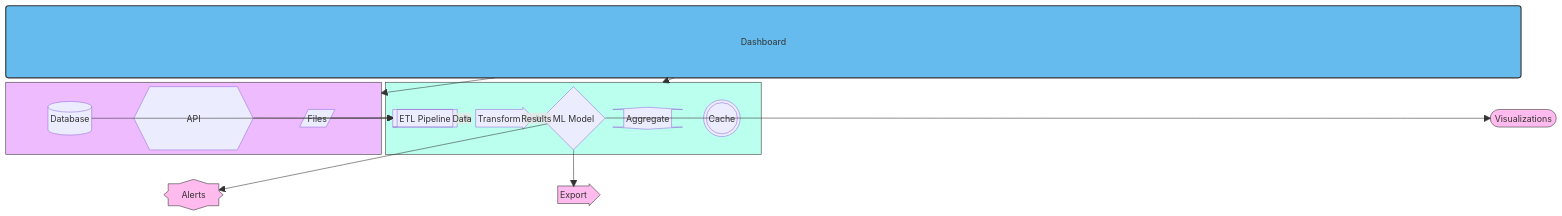
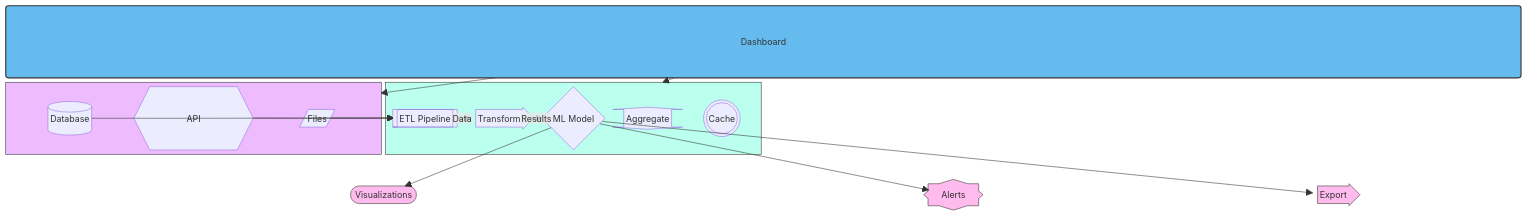
The diagram in examples/block_diagram/comprehensive_block_diagram/README.md (TyphonHill/go-mermaid), drawn with Mermaid before and after one commit. The commit also changed 33 other files, not shown here.

Commit message:
diagram-properties (#21)

````diff
--- a/examples/block_diagram/comprehensive_block_diagram/README.md
+++ b/examples/block_diagram/comprehensive_block_diagram/README.md
@@ -1,45 +1,45 @@
 ```mermaid
 ---
 config:
     theme: default
     maxTextSize: 50000
     maxEdges: 500
     fontSize: 16
 ---
 block-beta
     columns 4
     0("Dashboard"):4
     style 0 fill:#6BE,stroke:#333,stroke-width:2px
     block:1:1
     2[("Database")]
     3{{"API"}}
     4[/"Files"/]
     end
     style 1 fill:#EBF,stroke:#333
     block:5:1
     6[["ETL Pipeline"]]
     7<["Transform"]>(right)
     8{"ML Model"}
     9<["Aggregate"]>(up, down)
     10((("Cache")))
     end
     style 5 fill:#BFE,stroke:#333
-    space
+    space:2
     11(["Visualizations"]):2
     style 11 fill:#FBE,stroke:#333
     12<["Alerts"]>(x, y)
     style 12 fill:#FBE,stroke:#333
     13<["Export"]>(right)
     style 13 fill:#FBE,stroke:#333
     0 --> 1
     0 --> 5
     2 --> 6
     3 --> 6
     4 --> 6
     6 -- "Data" --> 7
     7 -- "Results" --> 8
     8 --> 11
     8 --> 12
     8 --> 13
 
 ```
````
